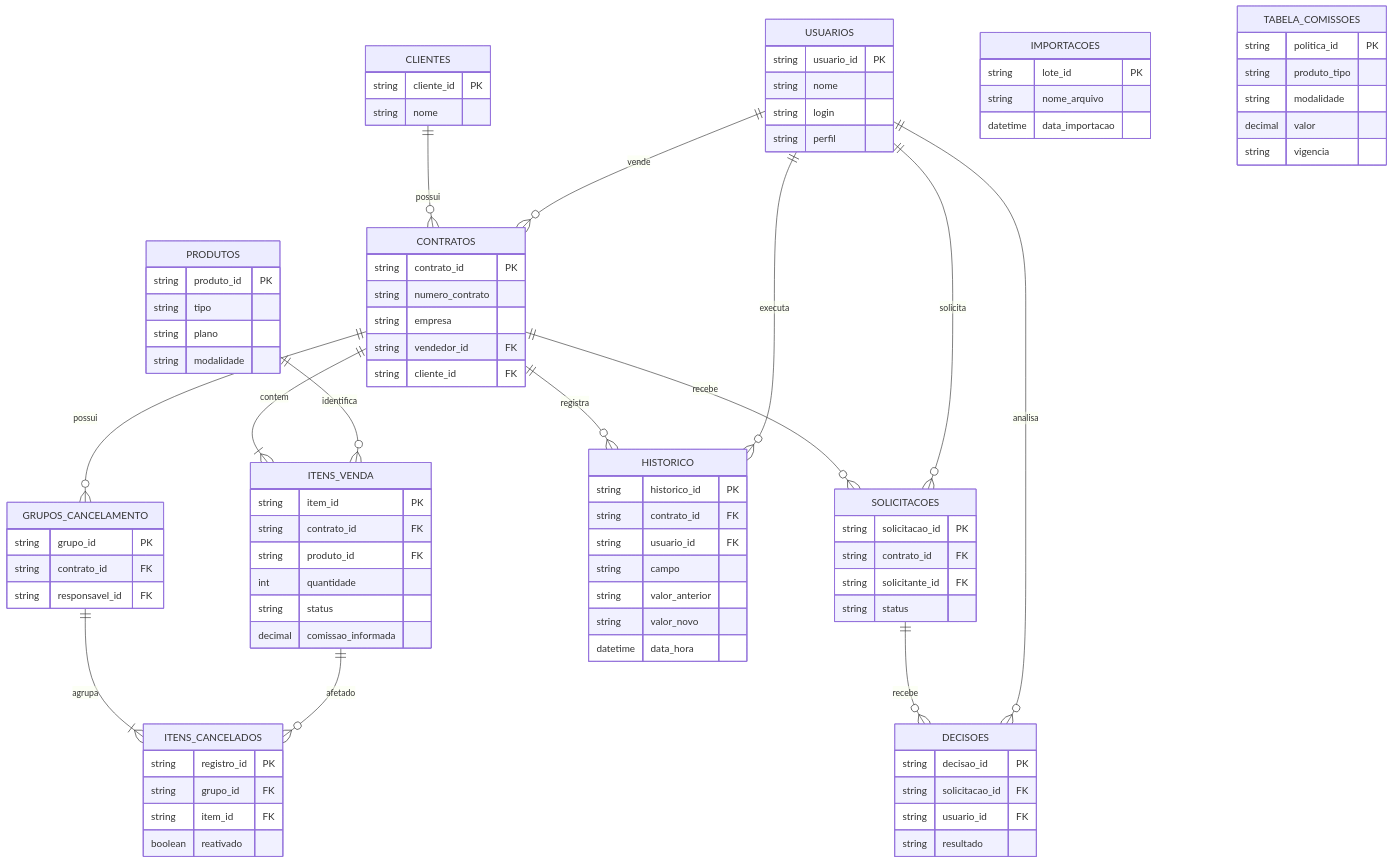
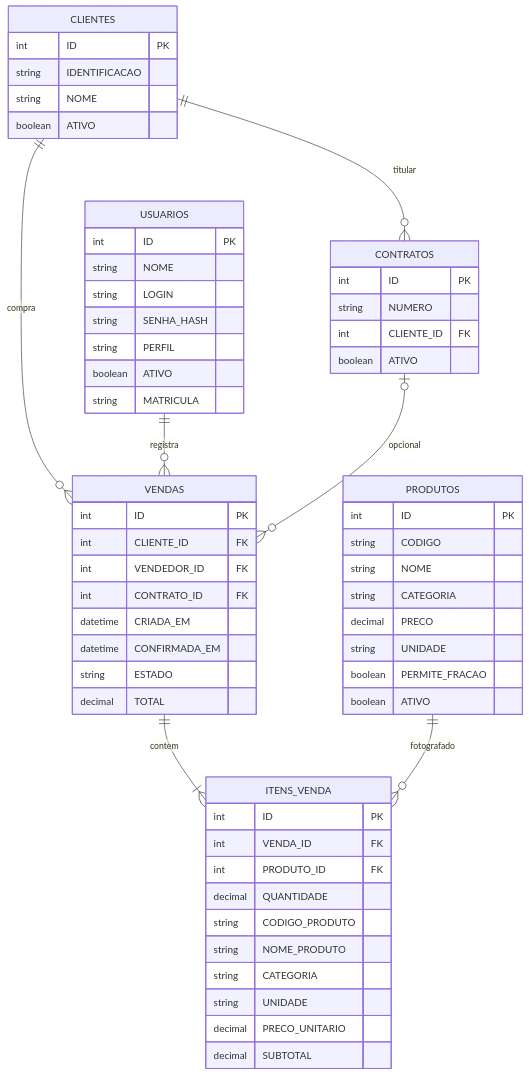
Before and after one commit to JeffersonDeylane/LP2---sistema-de-vendas: the diagram in docs/diagramas/07-abas-base-geral.mmd, drawn with Mermaid. The commit also changed 165 other files, not shown here.

Commit message:
criação das classes seguindo o diagrama decidido (ainda com o código pendente)

```diff
--- a/docs/diagramas/07-abas-base-geral.mmd
+++ b/docs/diagramas/07-abas-base-geral.mmd
@@ -1,90 +1,62 @@
 erDiagram
+    %% Abas de solicitacao, decisao, historico e comissao ainda nao sao persistidas.
     USUARIOS {
-        string usuario_id PK
-        string nome
-        string login
-        string perfil
+        int ID PK
+        string NOME
+        string LOGIN
+        string SENHA_HASH
+        string PERFIL
+        boolean ATIVO
+        string MATRICULA
+    }
+    CLIENTES {
+        int ID PK
+        string IDENTIFICACAO
+        string NOME
+        boolean ATIVO
+    }
+    PRODUTOS {
+        int ID PK
+        string CODIGO
+        string NOME
+        string CATEGORIA
+        decimal PRECO
+        string UNIDADE
+        boolean PERMITE_FRACAO
+        boolean ATIVO
     }
     CONTRATOS {
-        string contrato_id PK
-        string numero_contrato
-        string empresa
-        string vendedor_id FK
-        string cliente_id FK
+        int ID PK
+        string NUMERO
+        int CLIENTE_ID FK
+        boolean ATIVO
     }
-    CLIENTES {
-        string cliente_id PK
-        string nome
+    VENDAS {
+        int ID PK
+        int CLIENTE_ID FK
+        int VENDEDOR_ID FK
+        int CONTRATO_ID FK
+        datetime CRIADA_EM
+        datetime CONFIRMADA_EM
+        string ESTADO
+        decimal TOTAL
     }
     ITENS_VENDA {
-        string item_id PK
-        string contrato_id FK
-        string produto_id FK
-        int quantidade
-        string status
-        decimal comissao_informada
-    }
-    PRODUTOS {
-        string produto_id PK
-        string tipo
-        string plano
-        string modalidade
-    }
-    SOLICITACOES {
-        string solicitacao_id PK
-        string contrato_id FK
-        string solicitante_id FK
-        string status
-    }
-    DECISOES {
-        string decisao_id PK
-        string solicitacao_id FK
-        string usuario_id FK
-        string resultado
-    }
-    HISTORICO {
-        string historico_id PK
-        string contrato_id FK
-        string usuario_id FK
-        string campo
-        string valor_anterior
-        string valor_novo
-        datetime data_hora
-    }
-    GRUPOS_CANCELAMENTO {
-        string grupo_id PK
-        string contrato_id FK
-        string responsavel_id FK
-    }
-    ITENS_CANCELADOS {
-        string registro_id PK
-        string grupo_id FK
-        string item_id FK
-        boolean reativado
-    }
-    IMPORTACOES {
-        string lote_id PK
-        string nome_arquivo
-        datetime data_importacao
-    }
-    TABELA_COMISSOES {
-        string politica_id PK
-        string produto_tipo
-        string modalidade
-        decimal valor
-        string vigencia
+        int ID PK
+        int VENDA_ID FK
+        int PRODUTO_ID FK
+        decimal QUANTIDADE
+        string CODIGO_PRODUTO
+        string NOME_PRODUTO
+        string CATEGORIA
+        string UNIDADE
+        decimal PRECO_UNITARIO
+        decimal SUBTOTAL
     }
 
-    CLIENTES ||--o{ CONTRATOS : possui
-    USUARIOS ||--o{ CONTRATOS : vende
-    CONTRATOS ||--|{ ITENS_VENDA : contem
-    PRODUTOS ||--o{ ITENS_VENDA : identifica
-    CONTRATOS ||--o{ SOLICITACOES : recebe
-    USUARIOS ||--o{ SOLICITACOES : solicita
-    SOLICITACOES ||--o{ DECISOES : recebe
-    USUARIOS ||--o{ DECISOES : analisa
-    CONTRATOS ||--o{ HISTORICO : registra
-    USUARIOS ||--o{ HISTORICO : executa
-    CONTRATOS ||--o{ GRUPOS_CANCELAMENTO : possui
-    GRUPOS_CANCELAMENTO ||--|{ ITENS_CANCELADOS : agrupa
-    ITENS_VENDA ||--o{ ITENS_CANCELADOS : afetado
+    CLIENTES ||--o{ CONTRATOS : titular
+    CLIENTES ||--o{ VENDAS : compra
+    USUARIOS ||--o{ VENDAS : registra
+    CONTRATOS o|--o{ VENDAS : opcional
+    VENDAS ||--|{ ITENS_VENDA : contem
+    PRODUTOS ||--o{ ITENS_VENDA : fotografado
```
